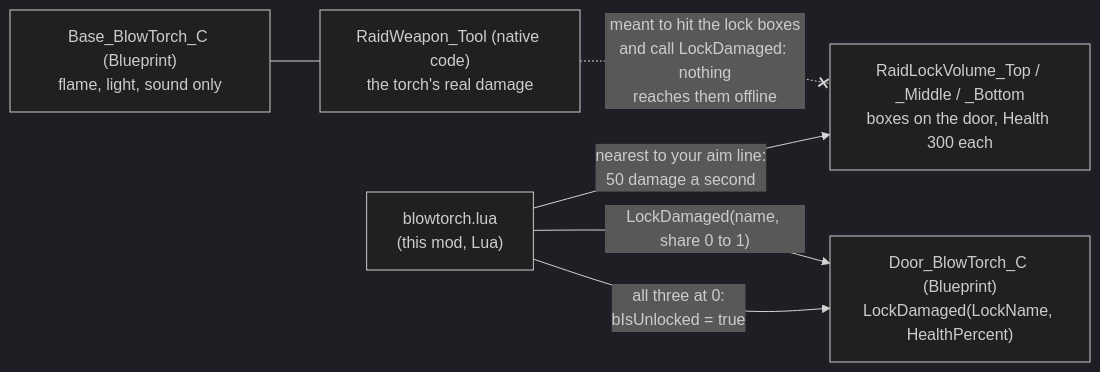
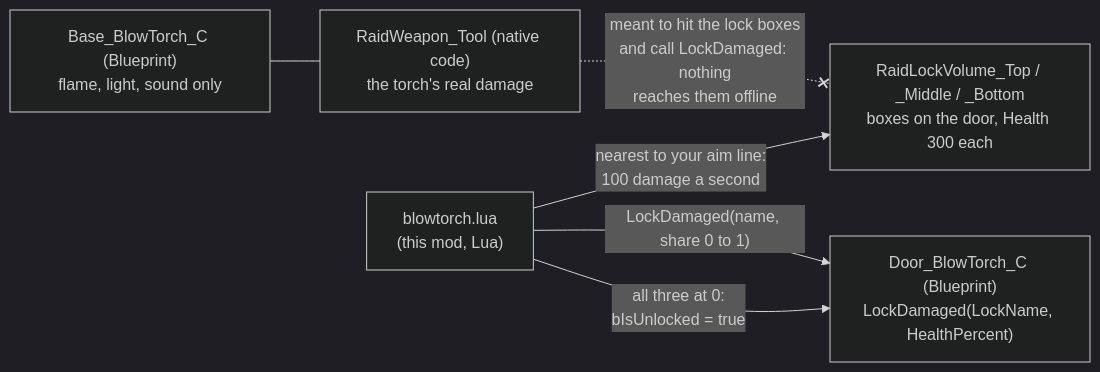
The first of 4 diagrams in mods/PvEDirector/BLOWTORCH.md (HaywireHayley/Marauders-PvE), drawn with Mermaid (dark theme) before and after one commit. The commit also changed other lines of this file and 2 other files, not shown here.

````diff
--- a/mods/PvEDirector/BLOWTORCH.md
+++ b/mods/PvEDirector/BLOWTORCH.md
@@ -10,14 +10,14 @@
 ```mermaid
 flowchart LR
     TORCH["Base_BlowTorch_C (Blueprint)<br/>flame, light, sound only"]
     NATIVE["RaidWeapon_Tool (native code)<br/>the torch's real damage"]
     VOL["RaidLockVolume_Top / _Middle / _Bottom<br/>boxes on the door, Health 300 each"]
     DOOR["Door_BlowTorch_C (Blueprint)<br/>LockDamaged(LockName, HealthPercent)"]
     MOD["blowtorch.lua<br/>(this mod, Lua)"]
 
     TORCH --- NATIVE
     NATIVE -. "meant to hit the lock boxes<br/>and call LockDamaged: nothing<br/>reaches them offline" .-x VOL
-    MOD -- "nearest to your aim line:<br/>50 damage a second" --> VOL
+    MOD -- "nearest to your aim line:<br/>100 damage a second" --> VOL
     MOD -- "LockDamaged(name, share 0 to 1)" --> DOOR
     MOD -- "all three at 0:<br/>bIsUnlocked = true" --> DOOR
 ```
````
